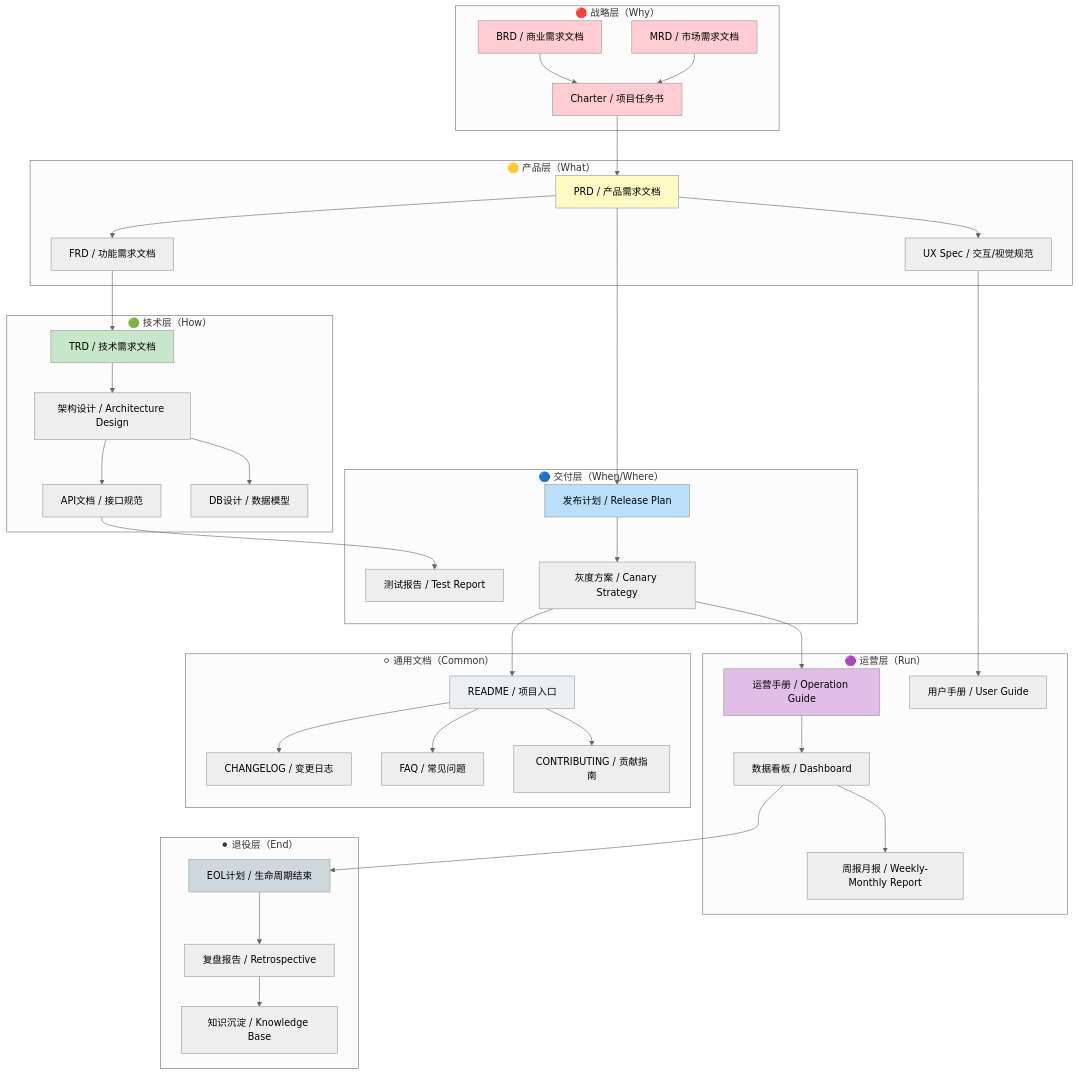
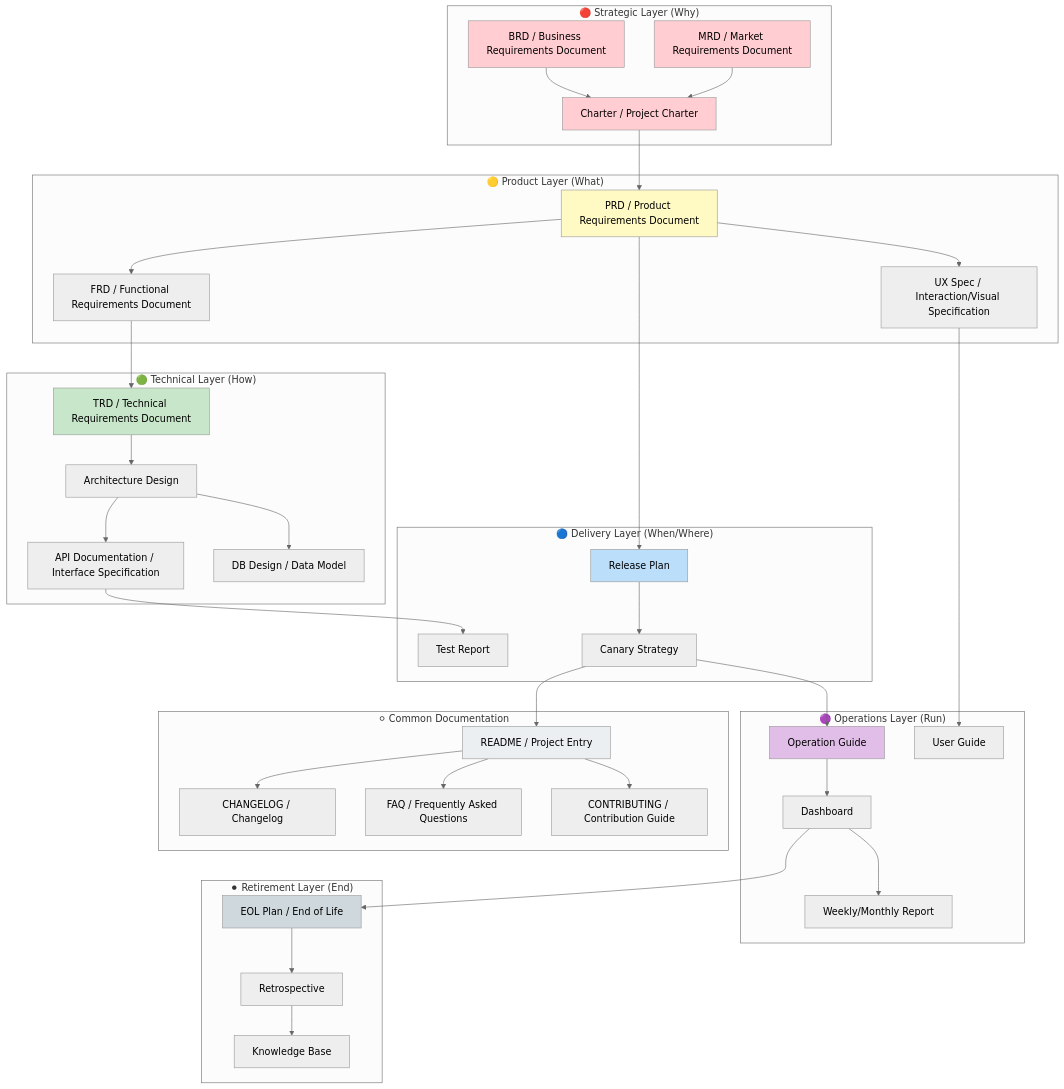
Before and after one commit to Kirky-X/cangjie: the first of 4 diagrams in templates/产品/README.md, drawn with Mermaid (neutral theme). The commit also changed other lines of this file and 46 other files, not shown here.

````diff
--- a/templates/产品/README.md
+++ b/templates/产品/README.md
@@ -3,81 +3,81 @@
 ```mermaid
 flowchart TB
-    subgraph 战略层["🔴 战略层（Why）"]
-        A1[BRD / 商业需求文档]
-        A2[MRD / 市场需求文档]
-        A3[Charter / 项目任务书]
+    subgraph strategic["🔴 Strategic Layer (Why)"]
+        A1[BRD / Business Requirements Document]
+        A2[MRD / Market Requirements Document]
+        A3[Charter / Project Charter]
     end
 
-    subgraph 产品层["🟡 产品层（What）"]
-        B1[PRD / 产品需求文档]
-        B2[FRD / 功能需求文档]
-        B3[UX Spec / 交互/视觉规范]
+    subgraph product["🟡 Product Layer (What)"]
+        B1[PRD / Product Requirements Document]
+        B2[FRD / Functional Requirements Document]
+        B3[UX Spec / Interaction/Visual Specification]
     end
 
-    subgraph 技术层["🟢 技术层（How）"]
-        C1[TRD / 技术需求文档]
-        C2[架构设计 / Architecture Design]
-        C3[API文档 / 接口规范]
-        C4[DB设计 / 数据模型]
+    subgraph technical["🟢 Technical Layer (How)"]
+        C1[TRD / Technical Requirements Document]
+        C2[Architecture Design]
+        C3[API Documentation / Interface Specification]
+        C4[DB Design / Data Model]
     end
 
-    subgraph 交付层["🔵 交付层（When/Where）"]
-        D1[发布计划 / Release Plan]
-        D2[测试报告 / Test Report]
-        D3[灰度方案 / Canary Strategy]
+    subgraph delivery["🔵 Delivery Layer (When/Where)"]
+        D1[Release Plan]
+        D2[Test Report]
+        D3[Canary Strategy]
     end
 
-    subgraph 运营层["🟣 运营层（Run）"]
-        E1[运营手册 / Operation Guide]
-        E2[数据看板 / Dashboard]
-        E3[用户手册 / User Guide]
-        E4[周报月报 / Weekly-Monthly Report]
+    subgraph operations["🟣 Operations Layer (Run)"]
+        E1[Operation Guide]
+        E2[Dashboard]
+        E3[User Guide]
+        E4[Weekly/Monthly Report]
     end
 
-    subgraph 退役层["⚫ 退役层（End）"]
-        F1[EOL计划 / 生命周期结束]
-        F2[复盘报告 / Retrospective]
-        F3[知识沉淀 / Knowledge Base]
+    subgraph retirement["⚫ Retirement Layer (End)"]
+        F1[EOL Plan / End of Life]
+        F2[Retrospective]
+        F3[Knowledge Base]
     end
 
-    subgraph 通用["⚪ 通用文档（Common）"]
-        G1[README / 项目入口]
-        G2[CHANGELOG / 变更日志]
-        G3[FAQ / 常见问题]
-        G4[CONTRIBUTING / 贡献指南]
+    subgraph common["⚪ Common Documentation"]
+        G1[README / Project Entry]
+        G2[CHANGELOG / Changelog]
+        G3[FAQ / Frequently Asked Questions]
+        G4[CONTRIBUTING / Contribution Guide]
     end
 
     A1 --> A3
     A2 --> A3
     A3 --> B1
     B1 --> B2
     B1 --> B3
     B2 --> C1
     C1 --> C2
     C2 --> C3
     C2 --> C4
     B1 --> D1
     C3 --> D2
     D1 --> D3
     D3 --> E1
     E1 --> E2
     B3 --> E3
     E2 --> E4
     E2 --> F1
     F1 --> F2
     F2 --> F3
     D3 --> G1
     G1 --> G2
     G1 --> G3
     G1 --> G4
 
     style A1 fill:#ffcdd2
     style A2 fill:#ffcdd2
     style A3 fill:#ffcdd2
     style B1 fill:#fff9c4
     style C1 fill:#c8e6c9
     style D1 fill:#bbdefb
     style E1 fill:#e1bee7
     style F1 fill:#cfd8dc
     style G1 fill:#eceff1
 ```
````
